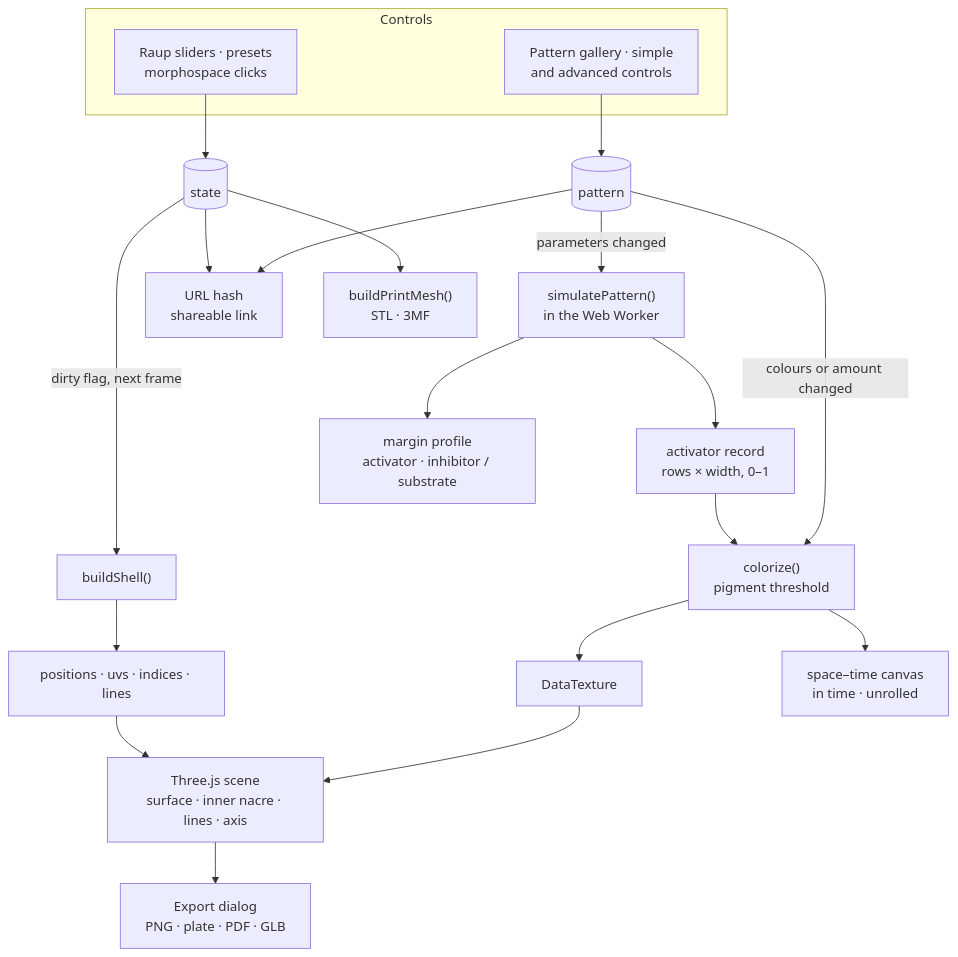
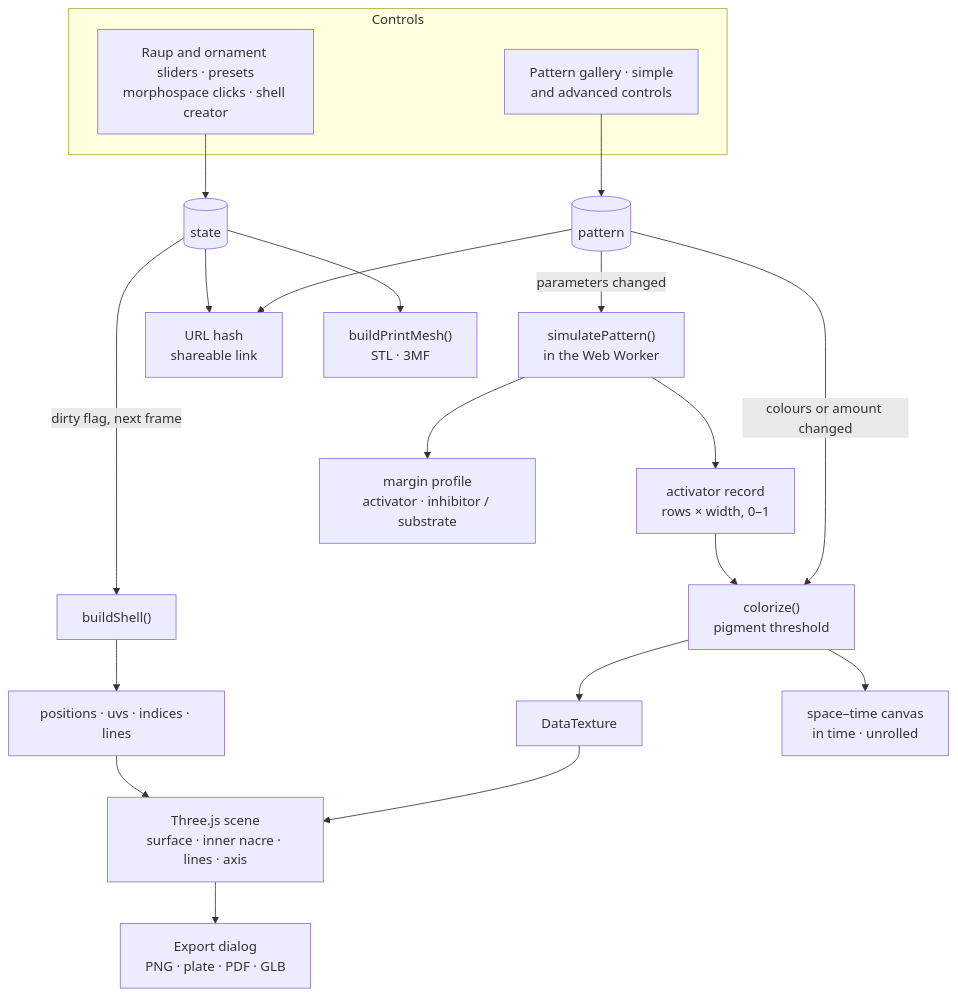
One commit to AlbertoGonzalezCasarrubios/coiling-shells changed the second of 2 diagrams in ARCHITECTURE.md. Above: the diagram before and after it, drawn with Mermaid. The commit also changed other lines of this file and 5 other files, not shown here.

Commit message:
Enlace a la teoría en la pestaña de forma y ARCHITECTURE descrito sobre la estructura actual

````diff
--- a/ARCHITECTURE.md
+++ b/ARCHITECTURE.md
@@ -95,22 +95,22 @@
 ```mermaid
 flowchart TB
   subgraph controls["Controls"]
-    shapeCtl["Raup sliders · presets<br/>morphospace clicks"]
+    shapeCtl["Raup and ornament sliders · presets<br/>morphospace clicks · shell creator"]
     patCtl["Pattern gallery · simple<br/>and advanced controls"]
   end
   shapeCtl --> state[("state")]
   patCtl --> pattern[("pattern")]
   state -- "dirty flag, next frame" --> build["buildShell()"]
   build --> mesh["positions · uvs · indices · lines"]
   mesh --> scene["Three.js scene<br/>surface · inner nacre · lines · axis"]
   pattern -- "parameters changed" --> sim["simulatePattern()<br/>in the Web Worker"]
   sim --> values["activator record<br/>rows × width, 0–1"]
   values --> colorize["colorize()<br/>pigment threshold"]
   pattern -- "colours or amount changed" --> colorize
   colorize --> tex["DataTexture"] --> scene
   colorize --> st["space–time canvas<br/>in time · unrolled"]
   sim --> profile["margin profile<br/>activator · inhibitor / substrate"]
   state & pattern --> hash["URL hash<br/>shareable link"]
   scene --> exports["Export dialog<br/>PNG · plate · PDF · GLB"]
   state --> print["buildPrintMesh()<br/>STL · 3MF"]
 ```
````
